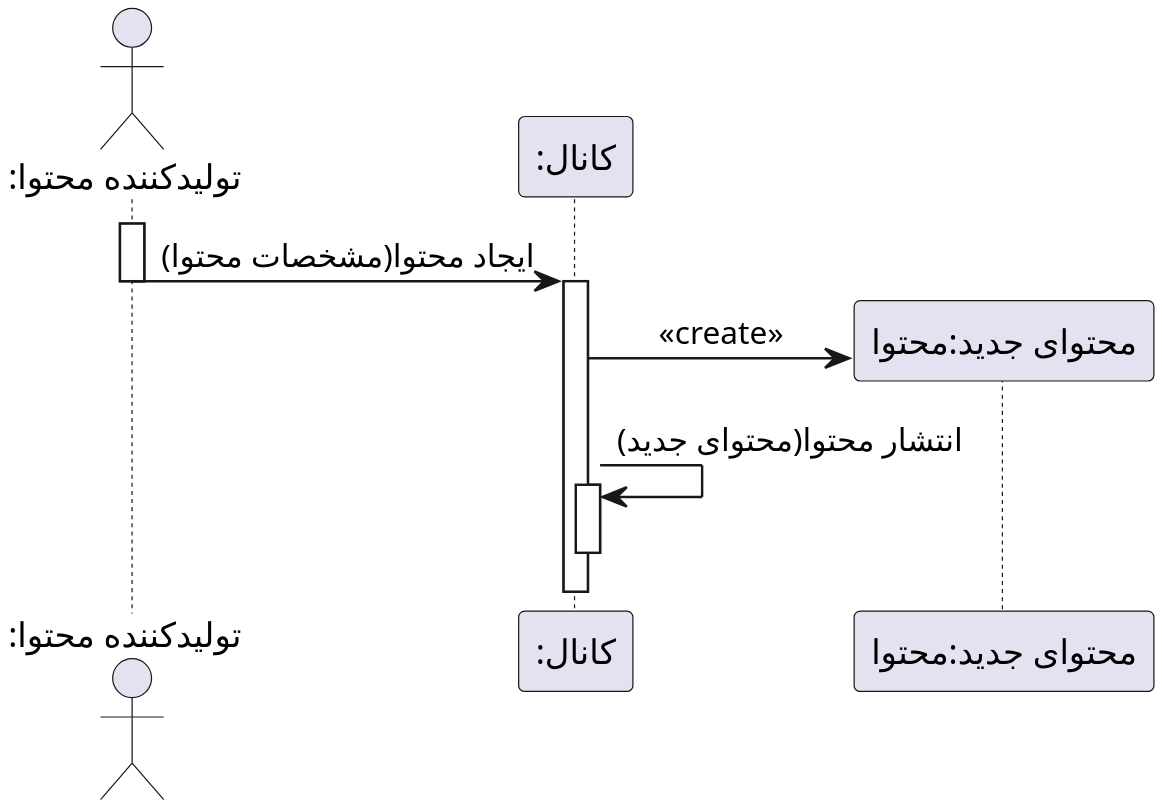
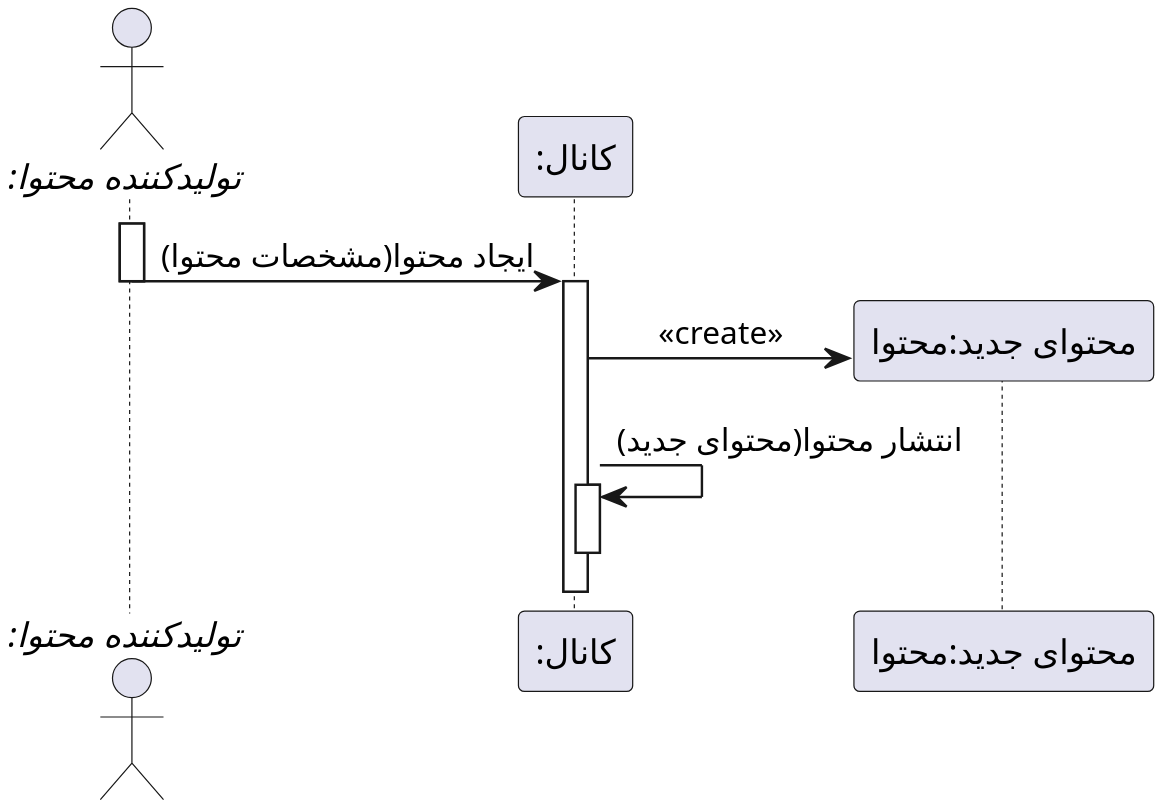
Before and after one commit to soleyman79/Qasedak: the diagram in Diagrams/Sequence/CreateContent.puml, drawn with PlantUML. The commit also changed 1 other file, not shown here.

```diff
--- a/Diagrams/Sequence/CreateContent.puml
+++ b/Diagrams/Sequence/CreateContent.puml
@@ -1,22 +1,22 @@
 @startuml create_content
 
 
 scale 3
 skinparam DefaultFontName Vazir
 skinparam DefaultTextAlignment center
 
  
-actor ":تولیدکننده محتوا" as producer
+actor "//:تولیدکننده محتوا//" as producer
 participant ":کانال" as chanel
 participant "محتوای جدید:محتوا" as content
 
 activate producer
 producer -> chanel : ایجاد محتوا(مشخصات محتوا)
 deactivate producer
 activate chanel
 chanel -> content ** : «create»
 chanel -> chanel : انتشار محتوا(محتوای جدید)
 activate chanel
 deactivate chanel
 
 @enduml
```
